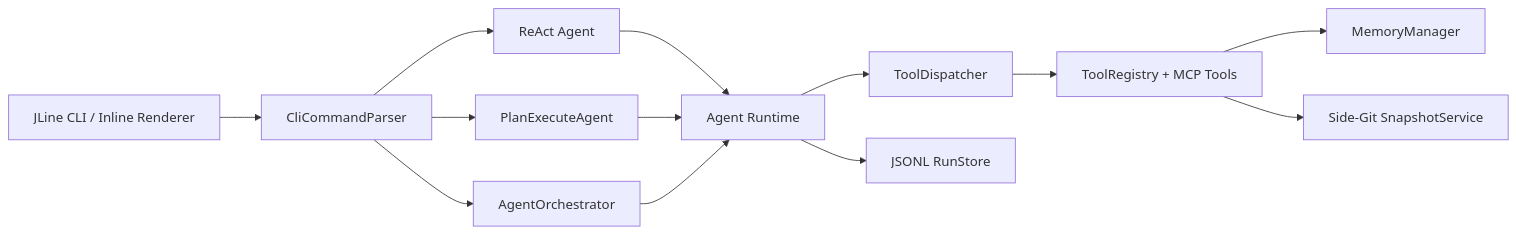
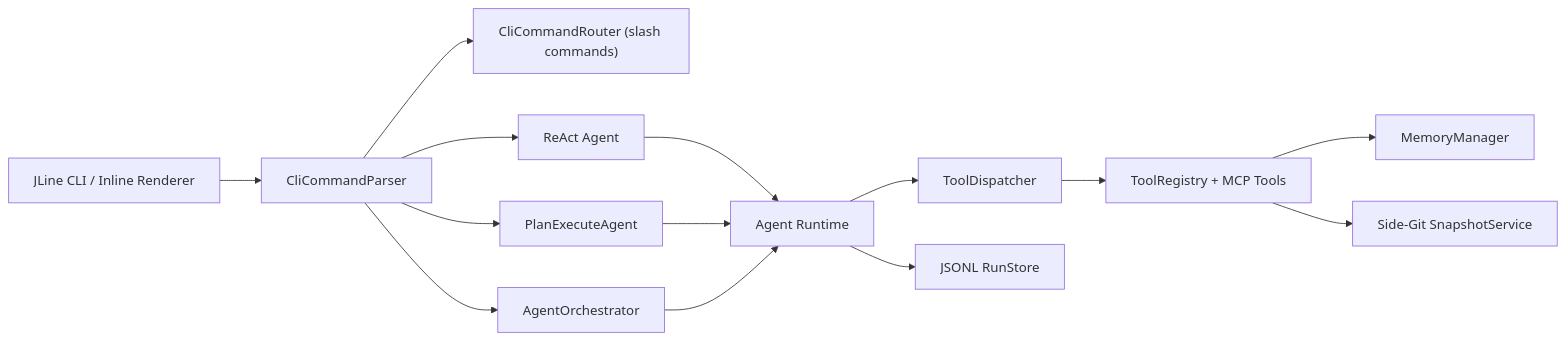
One commit to guolurenli/MindCLI changed the first of 2 diagrams in README.md. Above: the diagram before and after it, drawn with Mermaid. The commit also changed other lines of this file and 7 other files, not shown here.

````diff
--- a/README.md
+++ b/README.md
@@ -41,15 +41,16 @@
 ```mermaid
 flowchart LR
     CLI["JLine CLI / Inline Renderer"] --> Parser["CliCommandParser"]
+    Parser --> Router["CliCommandRouter (slash commands)"]
     Parser --> React["ReAct Agent"]
     Parser --> Plan["PlanExecuteAgent"]
     Parser --> Team["AgentOrchestrator"]
     React --> Runtime["Agent Runtime"]
     Plan --> Runtime
     Team --> Runtime
     Runtime --> Dispatcher["ToolDispatcher"]
     Dispatcher --> Tools["ToolRegistry + MCP Tools"]
     Tools --> Memory["MemoryManager"]
     Tools --> Snapshot["Side-Git SnapshotService"]
     Runtime --> RunStore["JSONL RunStore"]
 ```
````
